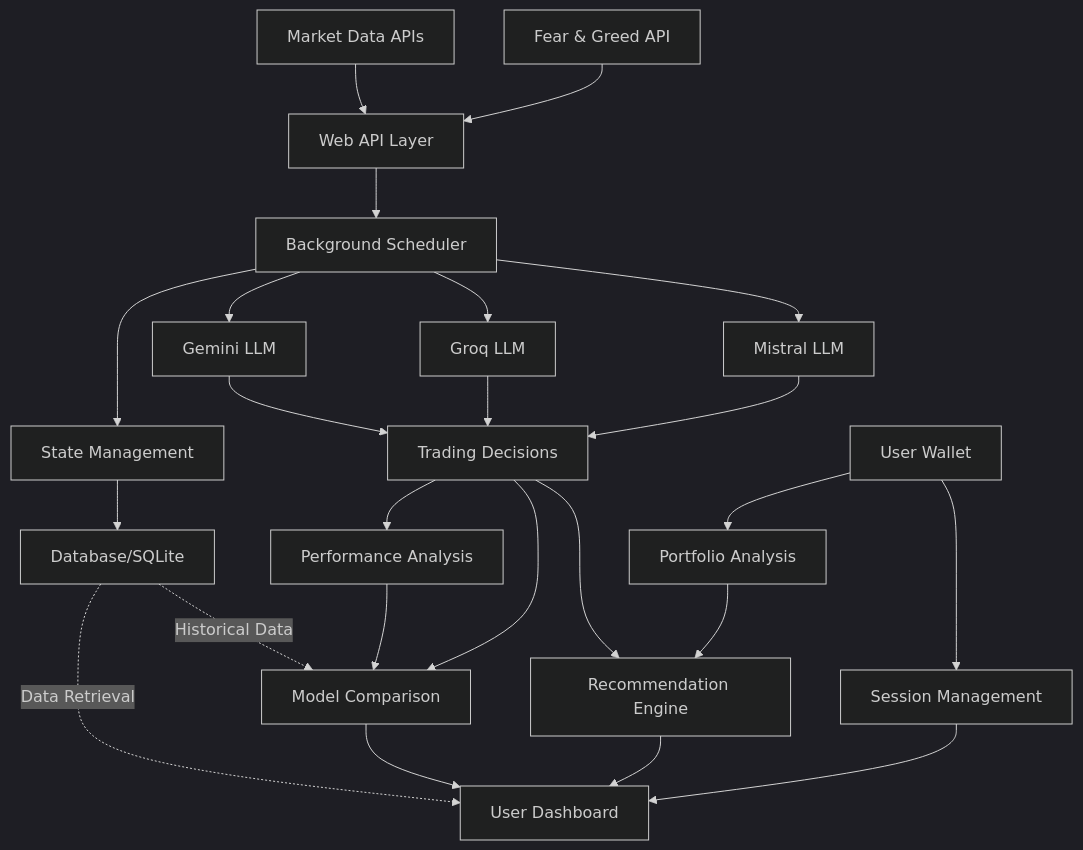
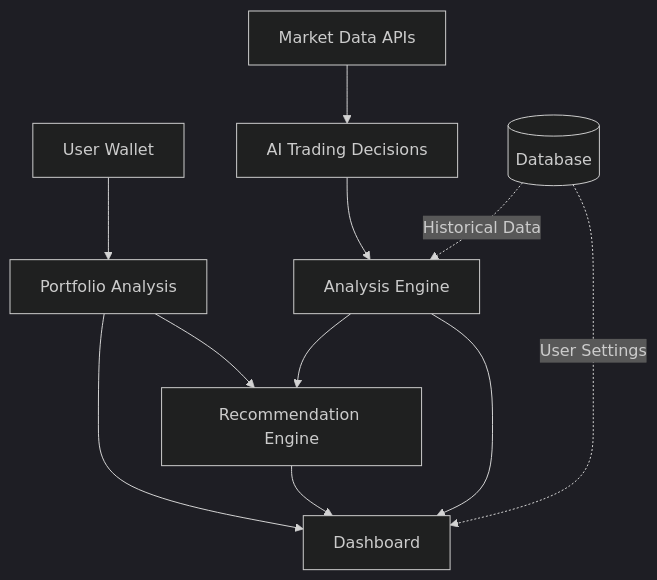
The diagram in README.md (Qbandev/stbchef), drawn with Mermaid (dark theme) before and after one commit. The commit also changed other lines of this file and 3 other files, not shown here.

````diff
--- a/README.md
+++ b/README.md
@@ -80,32 +100,13 @@
 ```mermaid
 graph TD
-    A[Market Data APIs] --> B[Web API Layer]
-    M[Fear & Greed API] --> B
-    B --> C[Background Scheduler]
-    C --> P[State Management]
-    P --> D[Database/SQLite]
-    
-    C --> E1[Gemini LLM]
-    C --> E2[Groq LLM]
-    C --> E3[Mistral LLM]
-    
-    E1 --> F[Trading Decisions]
-    E2 --> F
-    E3 --> F
-    
-    F --> G[Performance Analysis]
-    F --> K[Model Comparison]
-    G --> K
-    
-    H[User Wallet] --> I[Portfolio Analysis]
-    H --> J[Session Management]
-    I --> L[Recommendation Engine]
-    F --> L
-    
-    L --> N[User Dashboard]
-    K --> N
-    J --> N
-    
-    D -.-> |Data Retrieval| N
-    D -.-> |Historical Data| K
+    A[User Wallet] --> B[Portfolio Analysis]
+    C[Market Data APIs] --> D[AI Trading Decisions]
+    D --> E[Analysis Engine]
+    E --> H[Recommendation Engine]
+    B --> G[Dashboard]
+    B --> H
+    F[(Database)]  -.->|Historical Data| E
+    F -.->|User Settings| G
+    H --> G
+    E --> G
 ```
````
